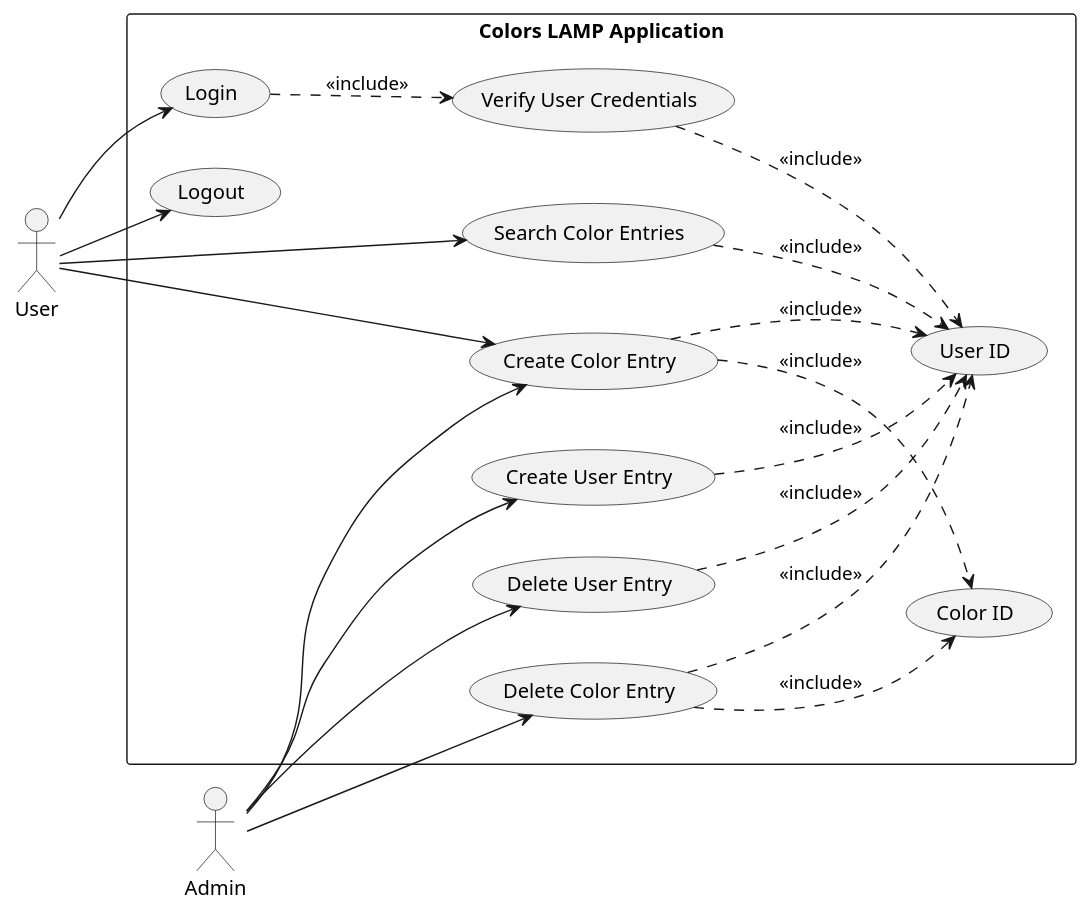
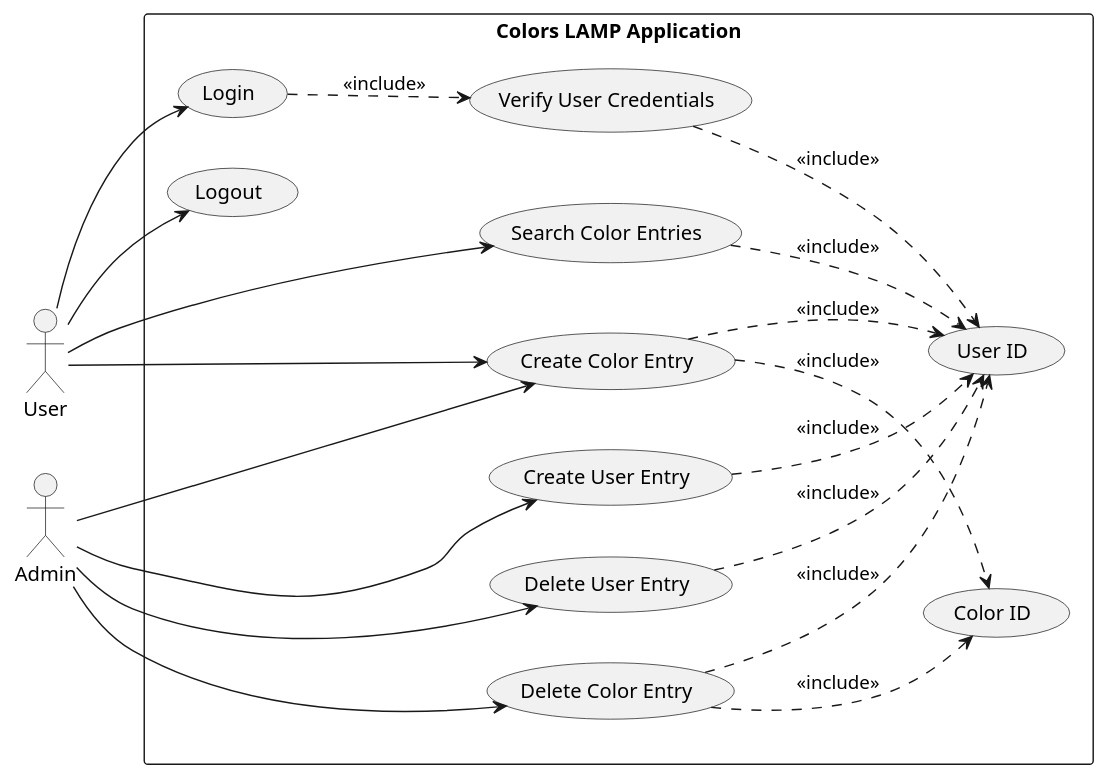
Before and after one commit to Cuckhands/colors-application: the diagram in docs/uml/usecase.puml, drawn with PlantUML. The commit also changed 1 other file, not shown here.

Commit message:
Improve Use-Case Diagram and source code visuals

```diff
--- a/docs/uml/usecase.puml
+++ b/docs/uml/usecase.puml
@@ -1,44 +1,45 @@
 @startuml
 left to right direction
-skinparam packageStyle rectangle
 
-actor User
-actor Admin
+together {
+  actor User
+  actor Admin
+}
 
 rectangle "Colors LAMP Application" {
   usecase "Login" as UC_Login
   usecase "Logout" as UC_Logout
   usecase "Search Color Entries" as UC_SearchColors
   usecase "Create Color Entry" as UC_CreateColor
 
   together {
     usecase "Create User Entry" as UC_CreateUser
     usecase "Delete User Entry" as UC_DeleteUser
     usecase "Delete Color Entry" as UC_DeleteColor
   }
 
   usecase "Verify User Credentials" as UC_VerifyCredentials
   usecase "User ID" as UC_UserID
   usecase "Color ID" as UC_ColorID
 }
 
 User --> UC_Login
 User --> UC_Logout
-User --> UC_SearchColors
+User -> UC_SearchColors
 User --> UC_CreateColor
 
 Admin --> UC_CreateUser
 Admin --> UC_CreateColor
 Admin --> UC_DeleteUser
 Admin --> UC_DeleteColor
 
 UC_CreateUser ..> UC_UserID : <<include>>
 UC_CreateColor ..> UC_UserID : <<include>>
 UC_CreateColor ..> UC_ColorID : <<include>>
 UC_DeleteUser ..> UC_UserID : <<include>>
 UC_DeleteColor ..> UC_UserID : <<include>>
 UC_DeleteColor ..> UC_ColorID : <<include>>
 UC_Login ..> UC_VerifyCredentials : <<include>>
 UC_VerifyCredentials ..> UC_UserID : <<include>>
 UC_SearchColors ..> UC_UserID : <<include>>
 @enduml
```
